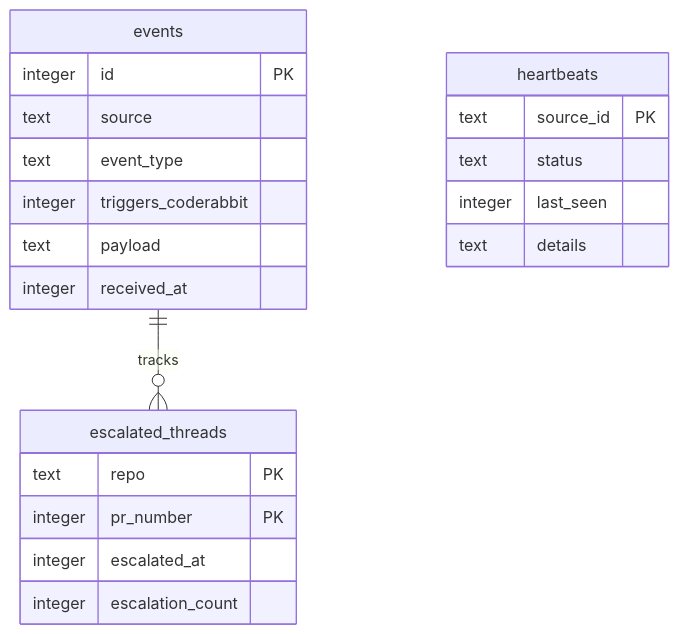
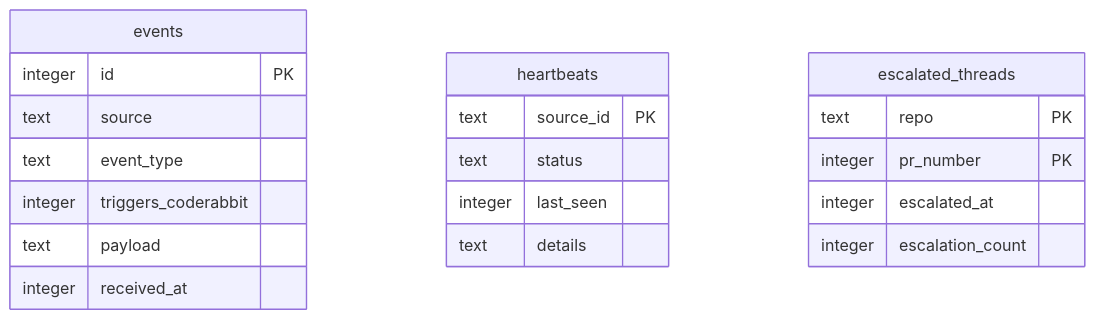
The second of 2 diagrams in .cubic/wiki/01-s-overview/03-developer-conventions.md (blixten85/ops-hub), drawn with Mermaid before and after one commit. The commit also changed other lines of this file and 24 other files, not shown here.

````diff
--- a/.cubic/wiki/01-s-overview/03-developer-conventions.md
+++ b/.cubic/wiki/01-s-overview/03-developer-conventions.md
@@ -100,24 +101,23 @@
 ```mermaid
 erDiagram
     events {
         integer id PK
         text source
         text event_type
         integer triggers_coderabbit
         text payload
         integer received_at
     }
     heartbeats {
         text source_id PK
         text status
         integer last_seen
         text details
     }
     escalated_threads {
         text repo PK
         integer pr_number PK
         integer escalated_at
         integer escalation_count
     }
-    events ||--o{ escalated_threads : tracks
 ```
````
